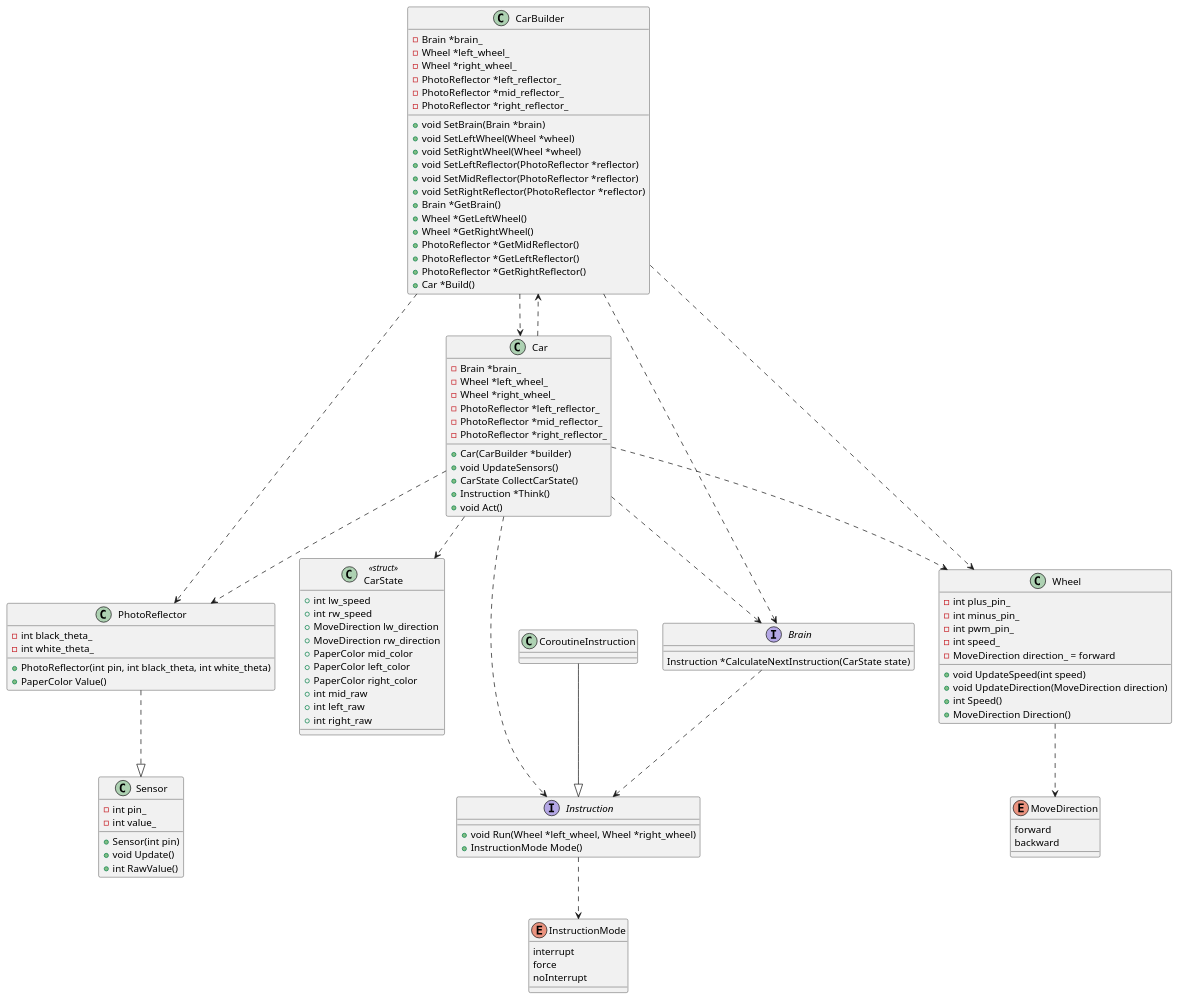
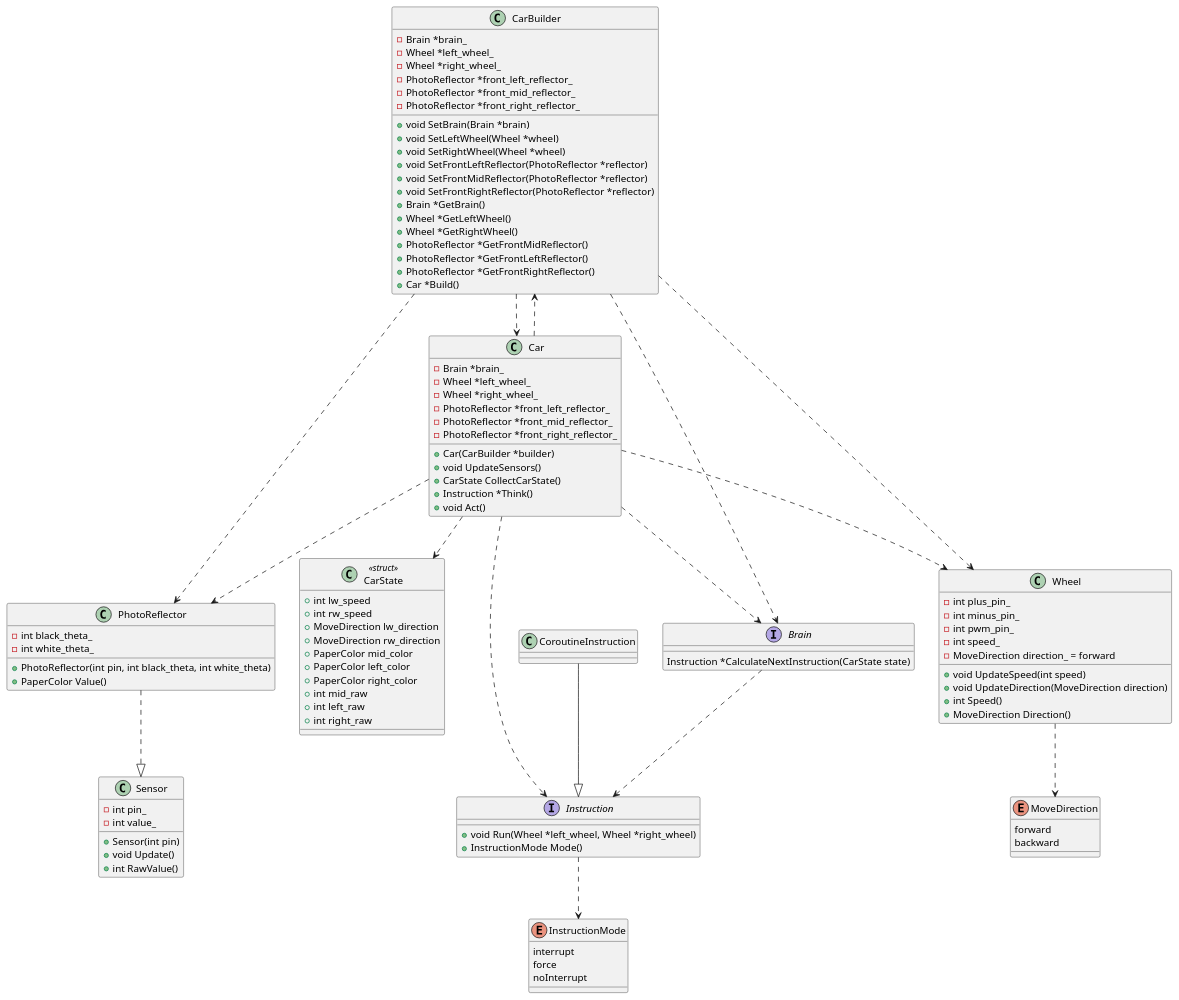
One commit to kitakkun/ArduinoCar changed the diagram in uml/car_control.puml. Above: the diagram before and after it, drawn with PlantUML. The commit also changed 14 other files, not shown here.

```diff
--- a/uml/car_control.puml
+++ b/uml/car_control.puml
@@ -1,126 +1,126 @@
 @startuml
 'https://plantuml.com/class-diagram
 
 class CarBuilder {
 + void SetBrain(Brain *brain)
 + void SetLeftWheel(Wheel *wheel)
 + void SetRightWheel(Wheel *wheel)
-+ void SetLeftReflector(PhotoReflector *reflector)
-+ void SetMidReflector(PhotoReflector *reflector)
-+ void SetRightReflector(PhotoReflector *reflector)
++ void SetFrontLeftReflector(PhotoReflector *reflector)
++ void SetFrontMidReflector(PhotoReflector *reflector)
++ void SetFrontRightReflector(PhotoReflector *reflector)
 + Brain *GetBrain()
 + Wheel *GetLeftWheel()
 + Wheel *GetRightWheel()
-+ PhotoReflector *GetMidReflector()
-+ PhotoReflector *GetLeftReflector()
-+ PhotoReflector *GetRightReflector()
++ PhotoReflector *GetFrontMidReflector()
++ PhotoReflector *GetFrontLeftReflector()
++ PhotoReflector *GetFrontRightReflector()
 + Car *Build()
 - Brain *brain_
 - Wheel *left_wheel_
 - Wheel *right_wheel_
-- PhotoReflector *left_reflector_
-- PhotoReflector *mid_reflector_
-- PhotoReflector *right_reflector_
+- PhotoReflector *front_left_reflector_
+- PhotoReflector *front_mid_reflector_
+- PhotoReflector *front_right_reflector_
 }
 
 CarBuilder ..> Car
 CarBuilder ..> PhotoReflector
 CarBuilder ..> Brain
 CarBuilder ..> Wheel
 Car ..> CarBuilder
 
 class Car {
 - Brain *brain_
 - Wheel *left_wheel_
 - Wheel *right_wheel_
-- PhotoReflector *left_reflector_
-- PhotoReflector *mid_reflector_
-- PhotoReflector *right_reflector_
+- PhotoReflector *front_left_reflector_
+- PhotoReflector *front_mid_reflector_
+- PhotoReflector *front_right_reflector_
 + Car(CarBuilder *builder)
 + void UpdateSensors()
 + CarState CollectCarState()
 + Instruction *Think()
 + void Act()
 }
 
 class CarState <<struct>>  {
 + int lw_speed
 + int rw_speed
 + MoveDirection lw_direction
 + MoveDirection rw_direction
 + PaperColor mid_color
 + PaperColor left_color
 + PaperColor right_color
 + int mid_raw
 + int left_raw
 + int right_raw
 }
 
 Car ..> CarState
 Car ..> Brain
 Car ..> Wheel
 Car ..> PhotoReflector
 
 interface Brain {
 Instruction *CalculateNextInstruction(CarState state)
 }
 
 Brain ..> Instruction
 Car ..> Instruction
 
 interface Instruction {
 + void Run(Wheel *left_wheel, Wheel *right_wheel)
 + InstructionMode Mode()
 }
 
 Instruction ..> InstructionMode
 
 enum InstructionMode {
     interrupt
     force
     noInterrupt
 }
 
 class CoroutineInstruction {
 }
 
 CoroutineInstruction --|> Instruction
 
 class Wheel {
 - int plus_pin_
 - int minus_pin_
 - int pwm_pin_
 - int speed_
 - MoveDirection direction_ = forward
 + void UpdateSpeed(int speed)
 + void UpdateDirection(MoveDirection direction)
 + int Speed()
 + MoveDirection Direction()
 }
 
 Wheel ..> MoveDirection
 
 enum MoveDirection {
     forward
     backward
 }
 
 class Sensor {
 - int pin_
 - int value_
 + Sensor(int pin)
 + void Update()
 + int RawValue()
 }
 
 class PhotoReflector {
 - int black_theta_
 - int white_theta_
 + PhotoReflector(int pin, int black_theta, int white_theta)
 + PaperColor Value()
 }
 
 
 PhotoReflector ..|> Sensor
 
 @enduml
```
